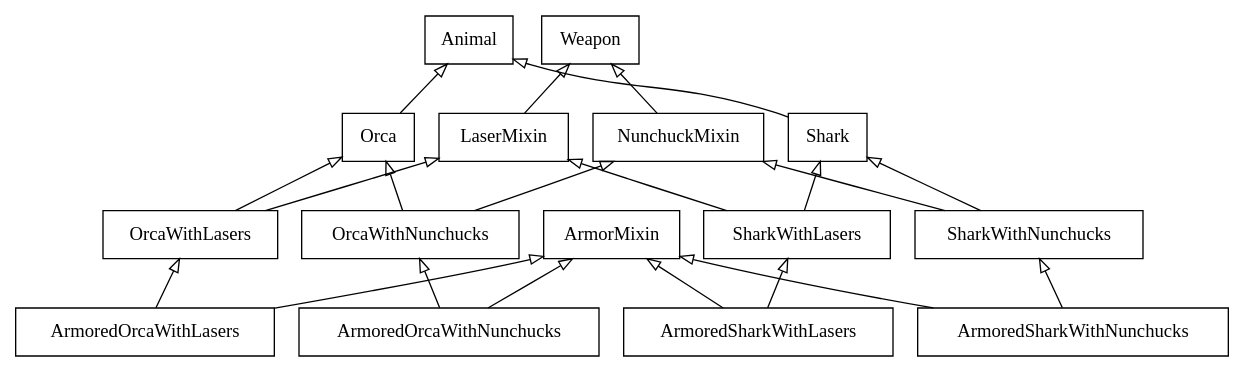
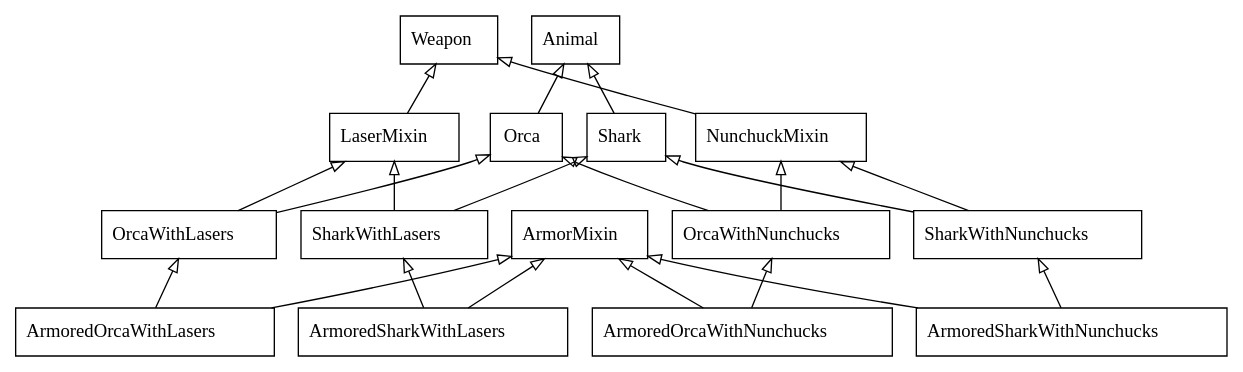
Before and after one commit to slinkp/inheritance_talk: the diagram in samples/shark_inherit_3.py.dot, drawn with Graphviz. The commit also changed 15 other files, not shown here.

```diff
--- a/samples/shark_inherit_3.py.dot
+++ b/samples/shark_inherit_3.py.dot
@@ -1,39 +1,39 @@
-digraph "classes_No_Name" {
+digraph "classes" {
+rankdir=BT
 charset="utf-8"
-rankdir=BT
-"2" [label="ArmoredOrcaWithLasers", shape="record"];
-"3" [label="ArmorMixin", shape="record"];
-"4" [label="OrcaWithLasers", shape="record"];
-"5" [label="LaserMixin", shape="record"];
-"6" [label="Weapon", shape="record"];
-"7" [label="Orca", shape="record"];
-"8" [label="Animal", shape="record"];
-"9" [label="Shark", shape="record"];
-"10" [label="ArmoredSharkWithLasers", shape="record"];
-"11" [label="SharkWithLasers", shape="record"];
-"12" [label="OrcaWithNunchucks", shape="record"];
-"13" [label="NunchuckMixin", shape="record"];
-"14" [label="ArmoredOrcaWithNunchucks", shape="record"];
-"15" [label="ArmoredSharkWithNunchucks", shape="record"];
-"16" [label="SharkWithNunchucks", shape="record"];
-"2" -> "3" [arrowhead="empty", arrowtail="none"];
-"2" -> "4" [arrowhead="empty", arrowtail="none"];
-"4" -> "5" [arrowhead="empty", arrowtail="none"];
-"4" -> "7" [arrowhead="empty", arrowtail="none"];
-"5" -> "6" [arrowhead="empty", arrowtail="none"];
-"7" -> "8" [arrowhead="empty", arrowtail="none"];
-"9" -> "8" [arrowhead="empty", arrowtail="none"];
-"10" -> "3" [arrowhead="empty", arrowtail="none"];
-"10" -> "11" [arrowhead="empty", arrowtail="none"];
-"11" -> "5" [arrowhead="empty", arrowtail="none"];
-"11" -> "9" [arrowhead="empty", arrowtail="none"];
-"12" -> "13" [arrowhead="empty", arrowtail="none"];
-"12" -> "7" [arrowhead="empty", arrowtail="none"];
-"13" -> "6" [arrowhead="empty", arrowtail="none"];
-"14" -> "3" [arrowhead="empty", arrowtail="none"];
-"14" -> "12" [arrowhead="empty", arrowtail="none"];
-"15" -> "3" [arrowhead="empty", arrowtail="none"];
-"15" -> "16" [arrowhead="empty", arrowtail="none"];
-"16" -> "13" [arrowhead="empty", arrowtail="none"];
-"16" -> "9" [arrowhead="empty", arrowtail="none"];
+"shark_inherit_3.Animal" [color="black", fontcolor="black", label=<Animal>, shape="record", style="solid"];
+"shark_inherit_3.ArmorMixin" [color="black", fontcolor="black", label=<ArmorMixin>, shape="record", style="solid"];
+"shark_inherit_3.ArmoredOrcaWithLasers" [color="black", fontcolor="black", label=<ArmoredOrcaWithLasers>, shape="record", style="solid"];
+"shark_inherit_3.ArmoredOrcaWithNunchucks" [color="black", fontcolor="black", label=<ArmoredOrcaWithNunchucks>, shape="record", style="solid"];
+"shark_inherit_3.ArmoredSharkWithLasers" [color="black", fontcolor="black", label=<ArmoredSharkWithLasers>, shape="record", style="solid"];
+"shark_inherit_3.ArmoredSharkWithNunchucks" [color="black", fontcolor="black", label=<ArmoredSharkWithNunchucks>, shape="record", style="solid"];
+"shark_inherit_3.LaserMixin" [color="black", fontcolor="black", label=<LaserMixin>, shape="record", style="solid"];
+"shark_inherit_3.NunchuckMixin" [color="black", fontcolor="black", label=<NunchuckMixin>, shape="record", style="solid"];
+"shark_inherit_3.Orca" [color="black", fontcolor="black", label=<Orca>, shape="record", style="solid"];
+"shark_inherit_3.OrcaWithLasers" [color="black", fontcolor="black", label=<OrcaWithLasers>, shape="record", style="solid"];
+"shark_inherit_3.OrcaWithNunchucks" [color="black", fontcolor="black", label=<OrcaWithNunchucks>, shape="record", style="solid"];
+"shark_inherit_3.Shark" [color="black", fontcolor="black", label=<Shark>, shape="record", style="solid"];
+"shark_inherit_3.SharkWithLasers" [color="black", fontcolor="black", label=<SharkWithLasers>, shape="record", style="solid"];
+"shark_inherit_3.SharkWithNunchucks" [color="black", fontcolor="black", label=<SharkWithNunchucks>, shape="record", style="solid"];
+"shark_inherit_3.Weapon" [color="black", fontcolor="black", label=<Weapon>, shape="record", style="solid"];
+"shark_inherit_3.ArmoredOrcaWithLasers" -> "shark_inherit_3.ArmorMixin" [arrowhead="empty", arrowtail="none"];
+"shark_inherit_3.ArmoredOrcaWithLasers" -> "shark_inherit_3.OrcaWithLasers" [arrowhead="empty", arrowtail="none"];
+"shark_inherit_3.ArmoredOrcaWithNunchucks" -> "shark_inherit_3.ArmorMixin" [arrowhead="empty", arrowtail="none"];
+"shark_inherit_3.ArmoredOrcaWithNunchucks" -> "shark_inherit_3.OrcaWithNunchucks" [arrowhead="empty", arrowtail="none"];
+"shark_inherit_3.ArmoredSharkWithLasers" -> "shark_inherit_3.ArmorMixin" [arrowhead="empty", arrowtail="none"];
+"shark_inherit_3.ArmoredSharkWithLasers" -> "shark_inherit_3.SharkWithLasers" [arrowhead="empty", arrowtail="none"];
+"shark_inherit_3.ArmoredSharkWithNunchucks" -> "shark_inherit_3.ArmorMixin" [arrowhead="empty", arrowtail="none"];
+"shark_inherit_3.ArmoredSharkWithNunchucks" -> "shark_inherit_3.SharkWithNunchucks" [arrowhead="empty", arrowtail="none"];
+"shark_inherit_3.LaserMixin" -> "shark_inherit_3.Weapon" [arrowhead="empty", arrowtail="none"];
+"shark_inherit_3.NunchuckMixin" -> "shark_inherit_3.Weapon" [arrowhead="empty", arrowtail="none"];
+"shark_inherit_3.Orca" -> "shark_inherit_3.Animal" [arrowhead="empty", arrowtail="none"];
+"shark_inherit_3.OrcaWithLasers" -> "shark_inherit_3.LaserMixin" [arrowhead="empty", arrowtail="none"];
+"shark_inherit_3.OrcaWithLasers" -> "shark_inherit_3.Orca" [arrowhead="empty", arrowtail="none"];
+"shark_inherit_3.OrcaWithNunchucks" -> "shark_inherit_3.NunchuckMixin" [arrowhead="empty", arrowtail="none"];
+"shark_inherit_3.OrcaWithNunchucks" -> "shark_inherit_3.Orca" [arrowhead="empty", arrowtail="none"];
+"shark_inherit_3.Shark" -> "shark_inherit_3.Animal" [arrowhead="empty", arrowtail="none"];
+"shark_inherit_3.SharkWithLasers" -> "shark_inherit_3.LaserMixin" [arrowhead="empty", arrowtail="none"];
+"shark_inherit_3.SharkWithLasers" -> "shark_inherit_3.Shark" [arrowhead="empty", arrowtail="none"];
+"shark_inherit_3.SharkWithNunchucks" -> "shark_inherit_3.NunchuckMixin" [arrowhead="empty", arrowtail="none"];
+"shark_inherit_3.SharkWithNunchucks" -> "shark_inherit_3.Shark" [arrowhead="empty", arrowtail="none"];
 }
```
